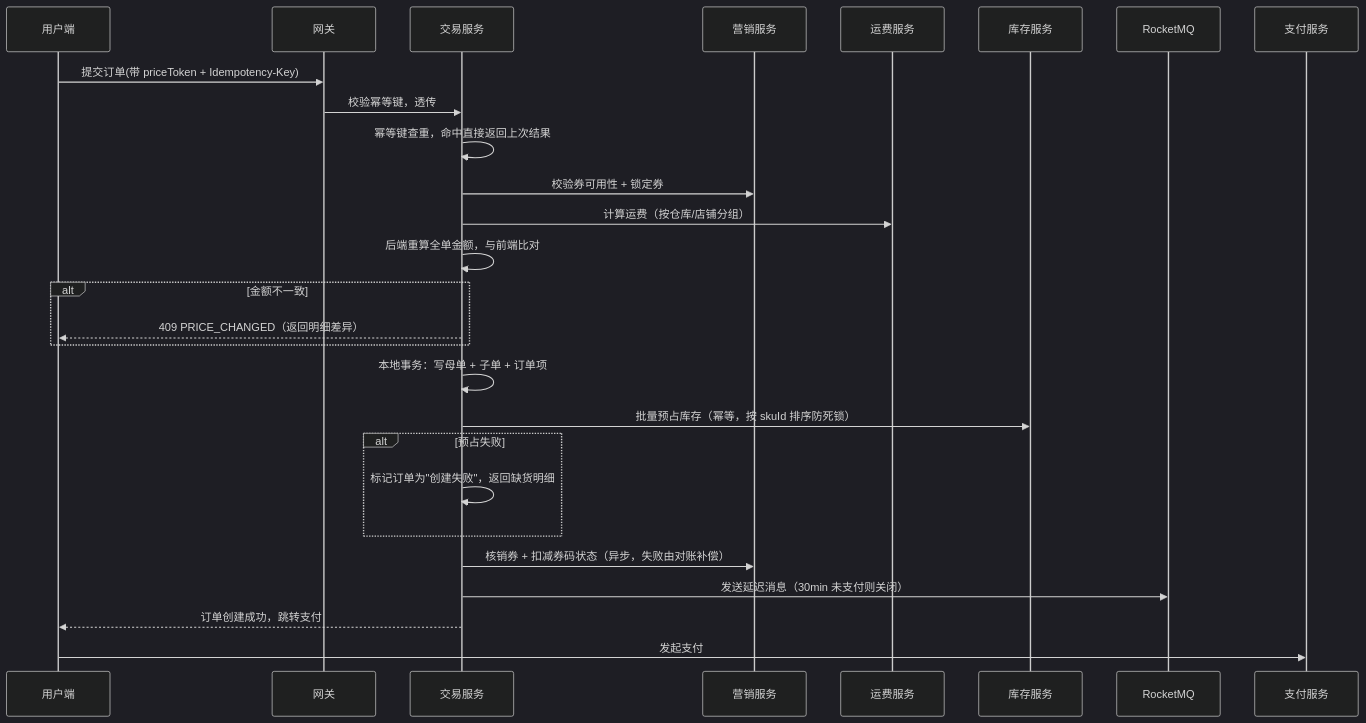
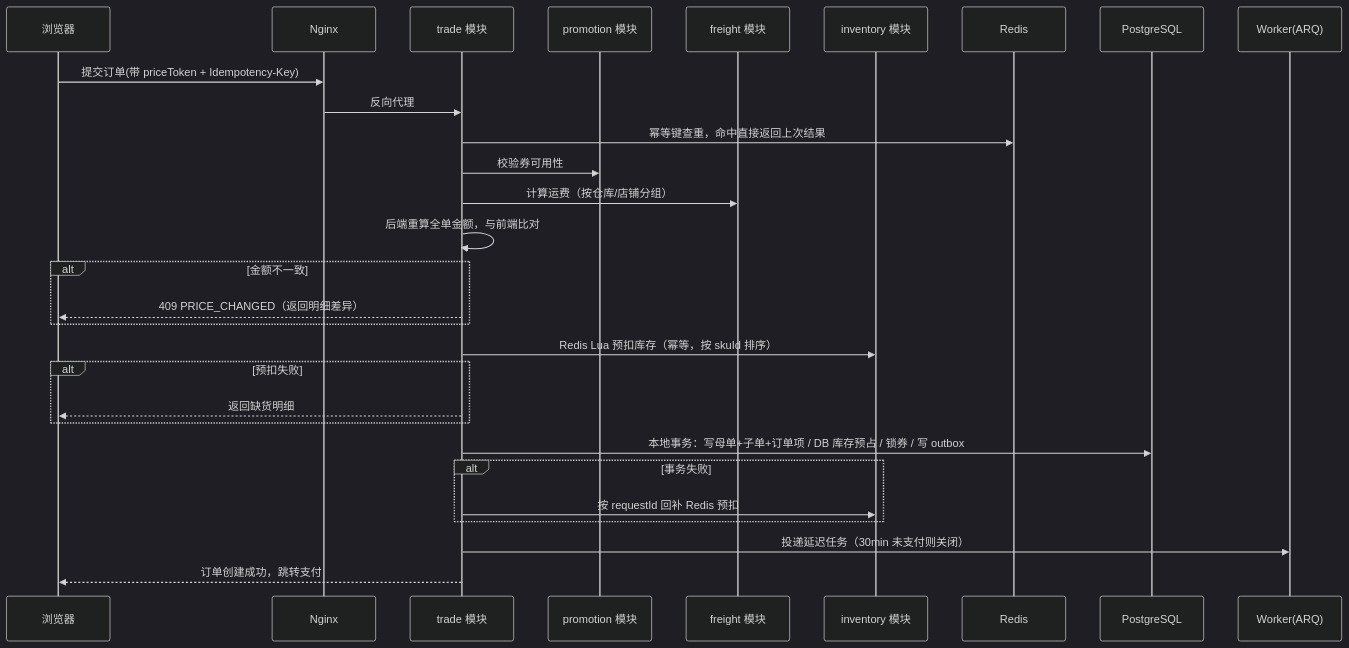
One commit to Crispy-Rice/eshop changed the diagram in docs/01-overview.md. Above: the diagram before and after it, drawn with Mermaid (dark theme). The commit also changed other lines of this file and 99 other files, not shown here.

````diff
--- a/docs/01-overview.md
+++ b/docs/01-overview.md
@@ -100,30 +141,32 @@
 ```mermaid
 sequenceDiagram
-    participant U as 用户端
-    participant G as 网关
-    participant T as 交易服务
-    participant P as 营销服务
-    participant F as 运费服务
-    participant I as 库存服务
-    participant MQ as RocketMQ
-    participant Pay as 支付服务
+    participant U as 浏览器
+    participant N as Nginx
+    participant T as trade 模块
+    participant P as promotion 模块
+    participant F as freight 模块
+    participant I as inventory 模块
+    participant R as Redis
+    participant DB as PostgreSQL
+    participant W as Worker(ARQ)
 
-    U->>G: 提交订单(带 priceToken + Idempotency-Key)
-    G->>T: 校验幂等键，透传
-    T->>T: 幂等键查重，命中直接返回上次结果
-    T->>P: 校验券可用性 + 锁定券
+    U->>N: 提交订单(带 priceToken + Idempotency-Key)
+    N->>T: 反向代理
+    T->>R: 幂等键查重，命中直接返回上次结果
+    T->>P: 校验券可用性
     T->>F: 计算运费（按仓库/店铺分组）
     T->>T: 后端重算全单金额，与前端比对
     alt 金额不一致
         T-->>U: 409 PRICE_CHANGED（返回明细差异）
     end
-    T->>T: 本地事务：写母单 + 子单 + 订单项
-    T->>I: 批量预占库存（幂等，按 skuId 排序防死锁）
-    alt 预占失败
-        T->>T: 标记订单为"创建失败"，返回缺货明细
+    T->>I: Redis Lua 预扣库存（幂等，按 skuId 排序）
+    alt 预扣失败
+        T-->>U: 返回缺货明细
     end
-    T->>P: 核销券 + 扣减券码状态（异步，失败由对账补偿）
-    T->>MQ: 发送延迟消息（30min 未支付则关闭）
+    T->>DB: 本地事务：写母单+子单+订单项 / DB 库存预占 / 锁券 / 写 outbox
+    alt 事务失败
+        T->>I: 按 requestId 回补 Redis 预扣
+    end
+    T->>W: 投递延迟任务（30min 未支付则关闭）
     T-->>U: 订单创建成功，跳转支付
-    U->>Pay: 发起支付
 ```
````
